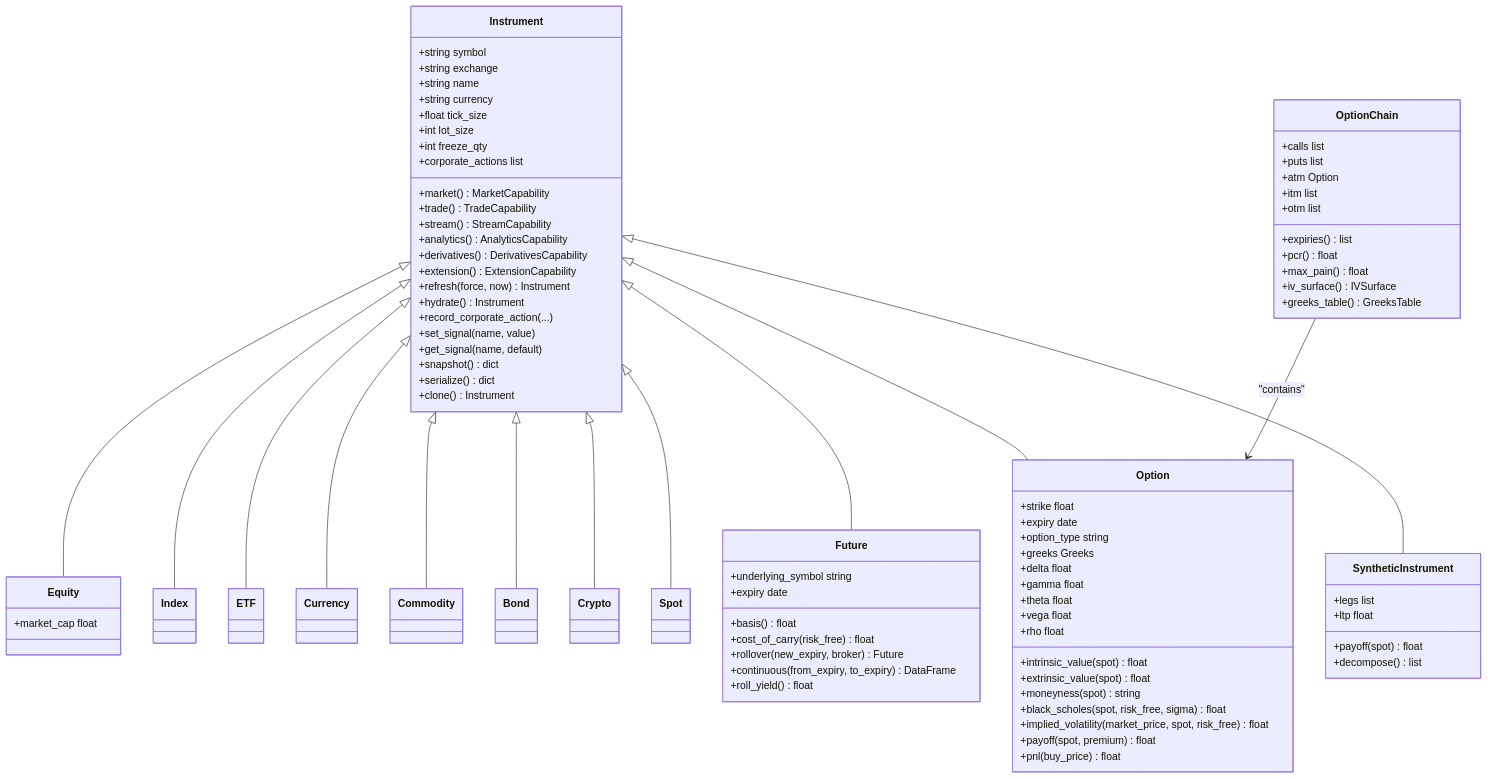
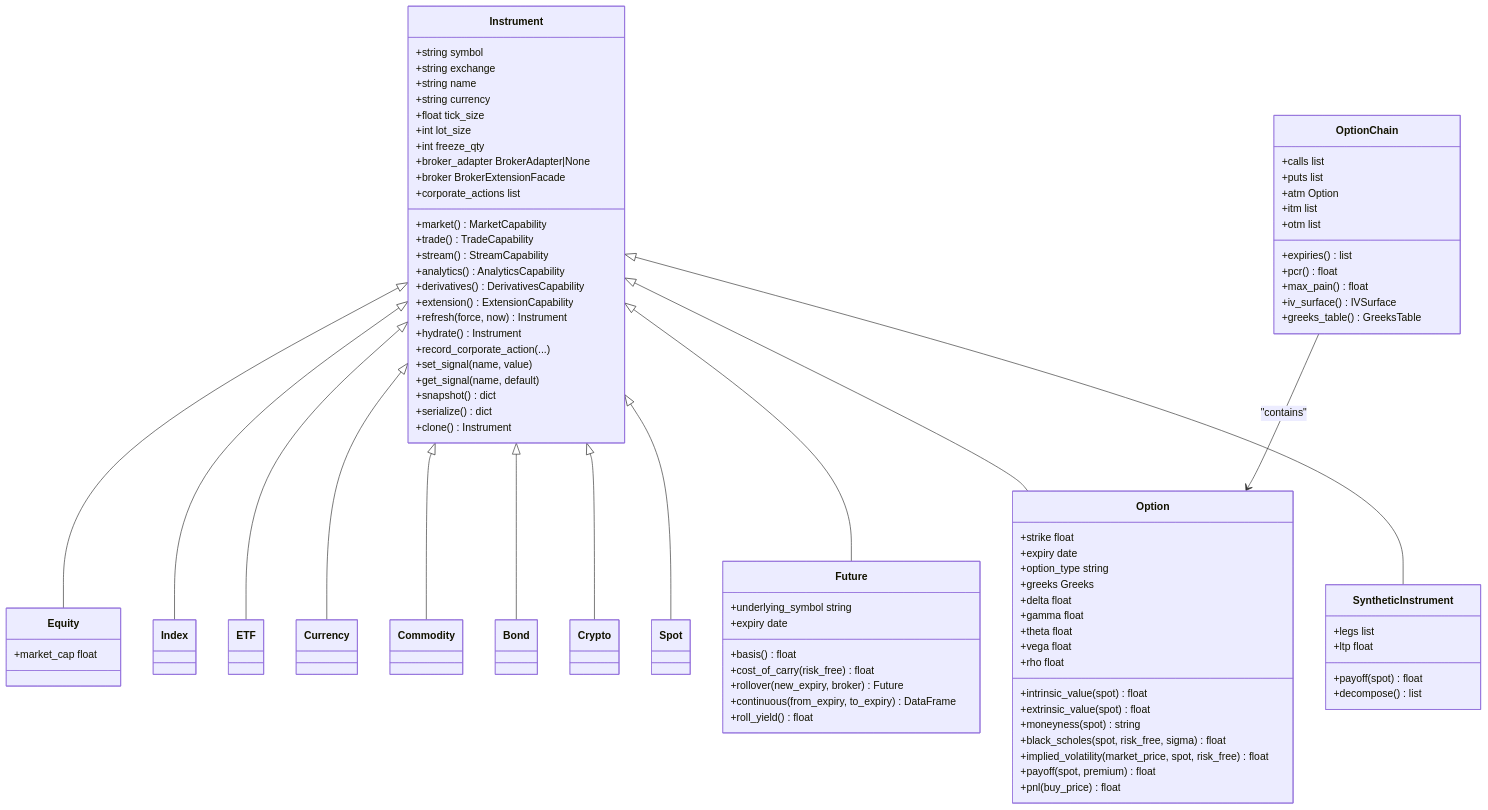
One commit to Ganesh-Kusundal/nTrade changed the second of 8 diagrams in .qoder/repowiki/en/content/Architecture Overview/Domain Model Hierarchy/Domain Model Hierarchy.md. Above: the diagram before and after it, drawn with Mermaid. The commit also changed other lines of this file and 2201 other files, not shown here.

Commit message:
Integrate completeness: live runner hardening, broker adapter layers, rate-limiting infrastructure, data pipeline (parquet OHLCV + ingestion scripts), contract testing framework, options analytics, and updated architecture/knowledge docs

```diff
--- a/.qoder/repowiki/en/content/Architecture Overview/Domain Model Hierarchy/Domain Model Hierarchy.md
+++ b/.qoder/repowiki/en/content/Architecture Overview/Domain Model Hierarchy/Domain Model Hierarchy.md
@@ -123,6 +126,8 @@
 +float tick_size
 +int lot_size
 +int freeze_qty
++broker_adapter BrokerAdapter|None
++broker BrokerExtensionFacade
 +market() MarketCapability
 +trade() TradeCapability
 +stream() StreamCapability
```
